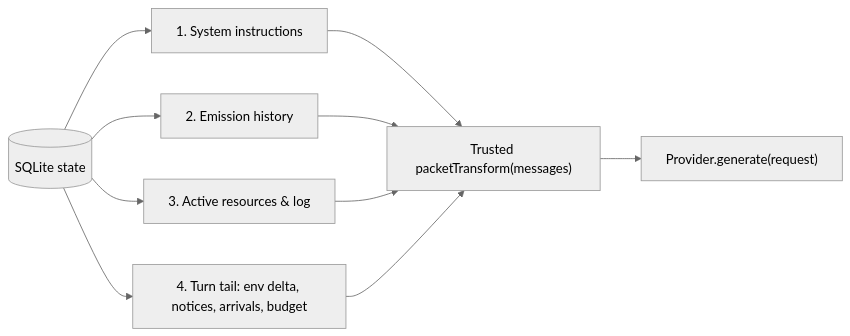
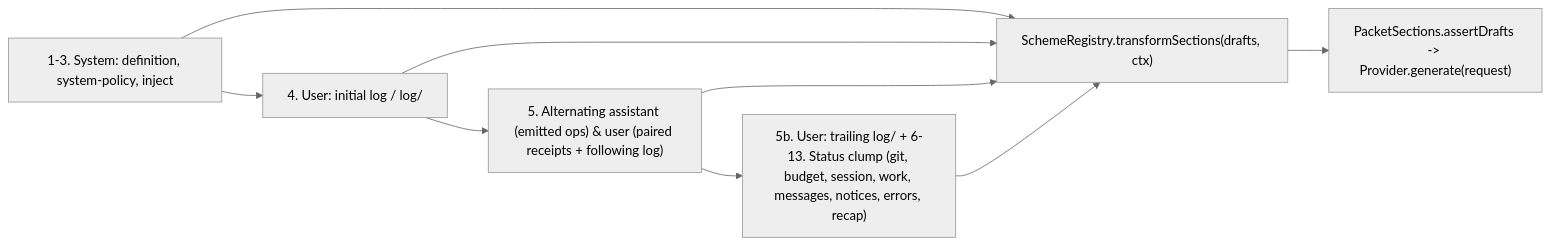
One commit to plurnk/plurnk-service changed the eighth of 11 diagrams in plurnk-core/SPEC.md. Above: the diagram before and after it, drawn with Mermaid (neutral theme). The commit also changed other lines of this file, not shown here.

````diff
--- a/plurnk-core/SPEC.md
+++ b/plurnk-core/SPEC.md
@@ -1033,9 +1033,8 @@
 ```mermaid
 flowchart LR
-  DB[(SQLite state)] --> S["1. System instructions"]
-  DB --> A["2. Emission history"]
-  DB --> B["3. Active resources & log"]
-  DB --> C["4. Turn tail: env delta, notices, arrivals, budget"]
-  S & A & B & C --> T["Trusted packetTransform(messages)"]
-  T --> P["Provider.generate(request)"]
+  S["1-3. System: definition, system-policy, inject"] --> L0["4. User: initial log / log/<coord>"]
+  L0 --> EH["5. Alternating assistant (emitted ops) & user (paired receipts + following log)"]
+  EH --> LT["5b. User: trailing log/<coord> + 6-13. Status clump (git, budget, session, work, messages, notices, errors, recap)"]
+  S & L0 & EH & LT --> TR["SchemeRegistry.transformSections(drafts, ctx)"]
+  TR --> AD["PacketSections.assertDrafts -> Provider.generate(request)"]
 ```
````
